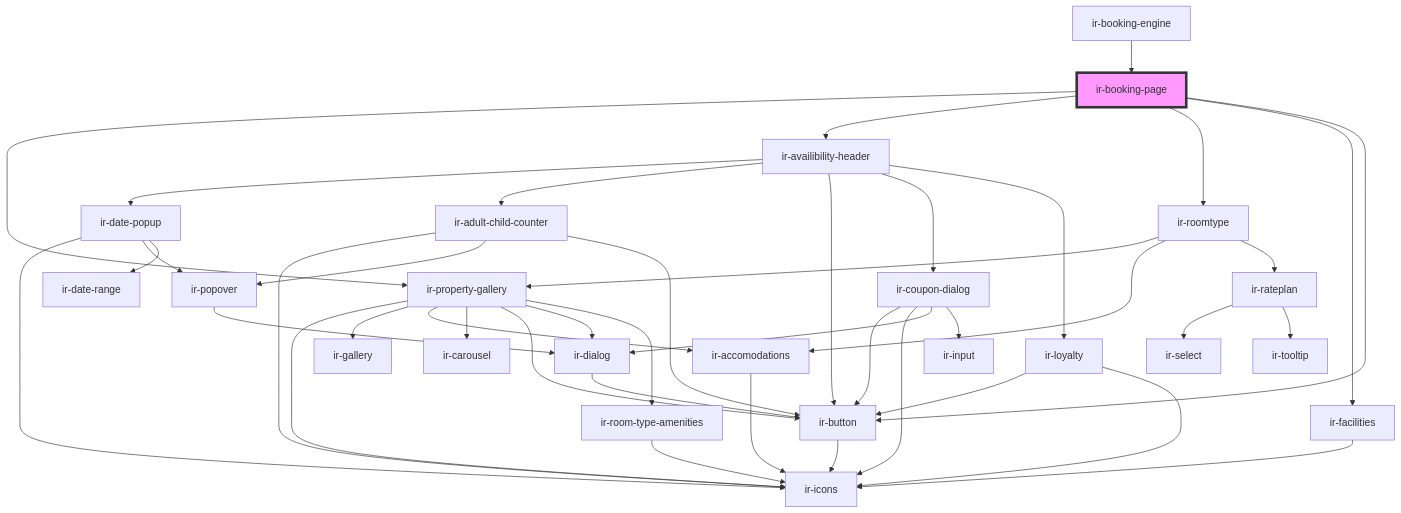
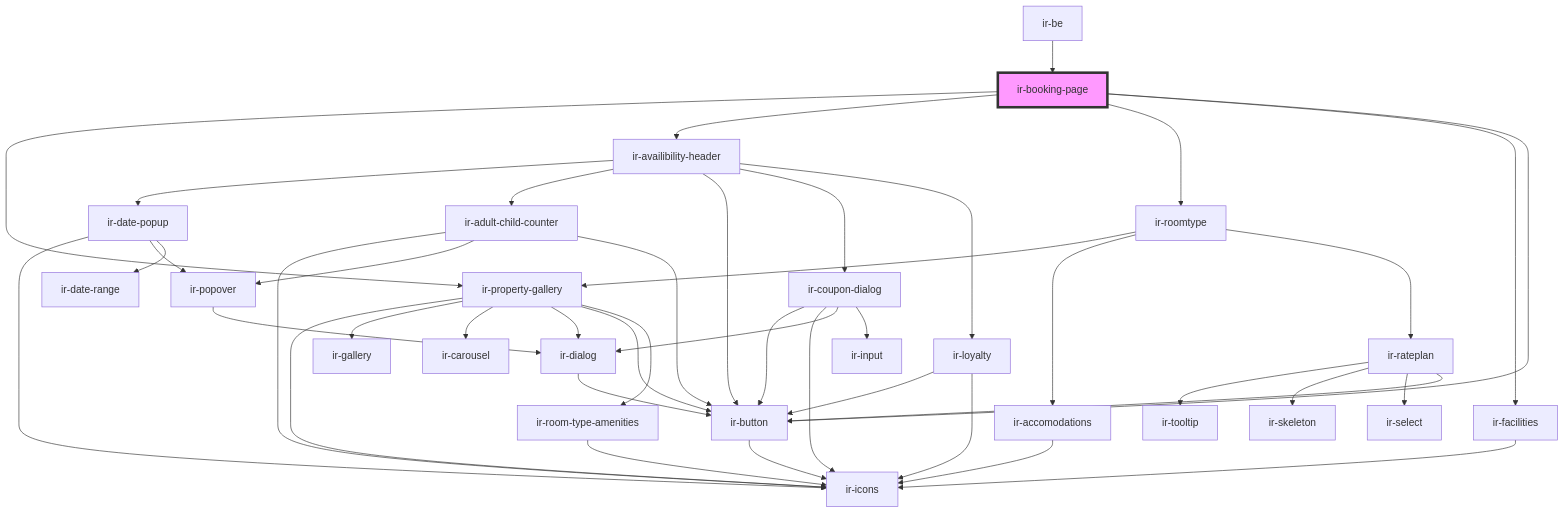
Before and after one commit to RonyRizk/ir-be: the diagram in src/components/ir-booking-engine/ir-booking-page/readme.md, drawn with Mermaid. The commit also changed other lines of this file and 144 other files, not shown here.

````diff
--- a/src/components/ir-booking-engine/ir-booking-page/readme.md
+++ b/src/components/ir-booking-engine/ir-booking-page/readme.md
@@ -40,45 +40,46 @@
 ```mermaid
 graph TD;
   ir-booking-page --> ir-property-gallery
   ir-booking-page --> ir-availibility-header
   ir-booking-page --> ir-roomtype
   ir-booking-page --> ir-facilities
   ir-booking-page --> ir-button
   ir-property-gallery --> ir-icons
   ir-property-gallery --> ir-gallery
-  ir-property-gallery --> ir-accomodations
   ir-property-gallery --> ir-carousel
+  ir-property-gallery --> ir-dialog
   ir-property-gallery --> ir-button
-  ir-property-gallery --> ir-dialog
   ir-property-gallery --> ir-room-type-amenities
-  ir-accomodations --> ir-icons
+  ir-dialog --> ir-button
   ir-button --> ir-icons
-  ir-dialog --> ir-button
   ir-room-type-amenities --> ir-icons
   ir-availibility-header --> ir-date-popup
   ir-availibility-header --> ir-adult-child-counter
   ir-availibility-header --> ir-button
   ir-availibility-header --> ir-coupon-dialog
   ir-availibility-header --> ir-loyalty
   ir-date-popup --> ir-icons
   ir-date-popup --> ir-popover
   ir-date-popup --> ir-date-range
   ir-popover --> ir-dialog
   ir-adult-child-counter --> ir-icons
   ir-adult-child-counter --> ir-popover
   ir-adult-child-counter --> ir-button
   ir-coupon-dialog --> ir-button
   ir-coupon-dialog --> ir-icons
   ir-coupon-dialog --> ir-dialog
   ir-coupon-dialog --> ir-input
   ir-loyalty --> ir-button
   ir-loyalty --> ir-icons
   ir-roomtype --> ir-property-gallery
   ir-roomtype --> ir-accomodations
   ir-roomtype --> ir-rateplan
+  ir-accomodations --> ir-icons
+  ir-rateplan --> ir-tooltip
+  ir-rateplan --> ir-skeleton
   ir-rateplan --> ir-select
-  ir-rateplan --> ir-tooltip
+  ir-rateplan --> ir-button
   ir-facilities --> ir-icons
-  ir-booking-engine --> ir-booking-page
+  ir-be --> ir-booking-page
   style ir-booking-page fill:#f9f,stroke:#333,stroke-width:4px
 ```
````
